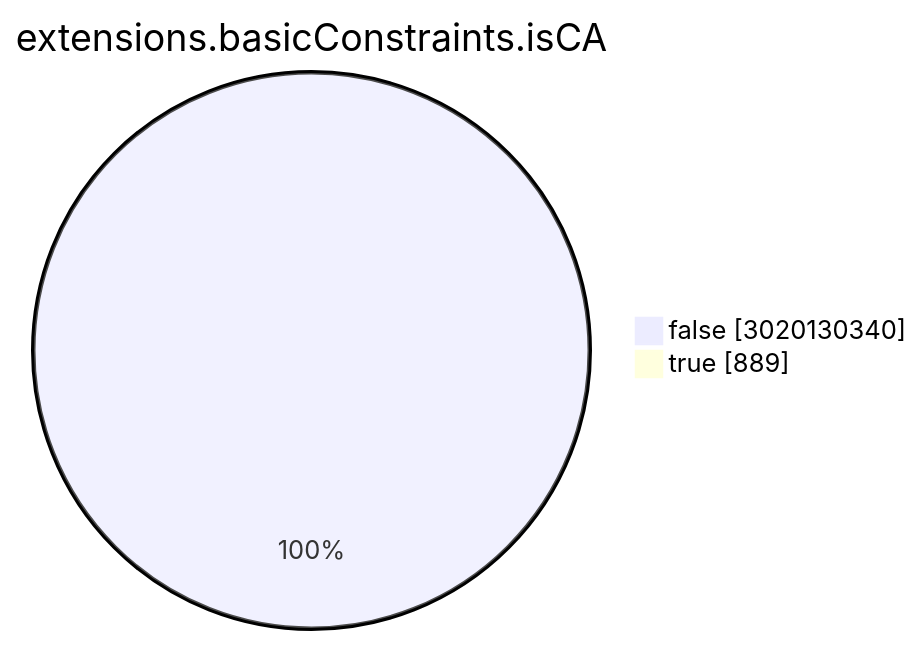
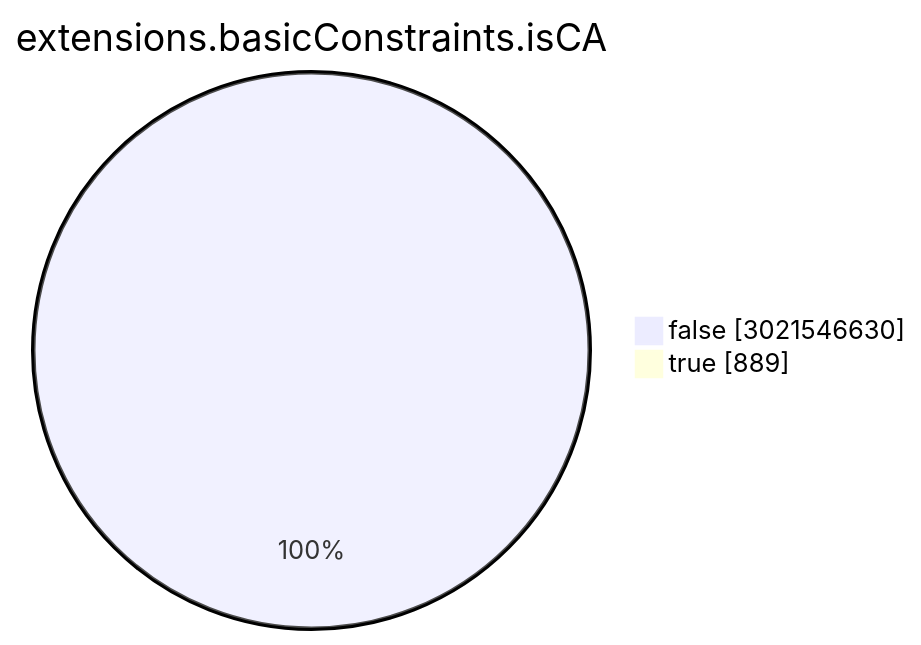
The seventh of 15 diagrams in TOTAL/README.md (christiankrug/ctmonitor_visualization), drawn with Mermaid before and after one commit. The commit also changed other lines of this file, not shown here.

````diff
--- a/TOTAL/README.md
+++ b/TOTAL/README.md
@@ -3087,6 +3087,6 @@
 ```mermaid
 pie showData
 title extensions.basicConstraints.isCA
-"false" :3020130340
+"false" :3021546630
 "true" :889
 ```
````
